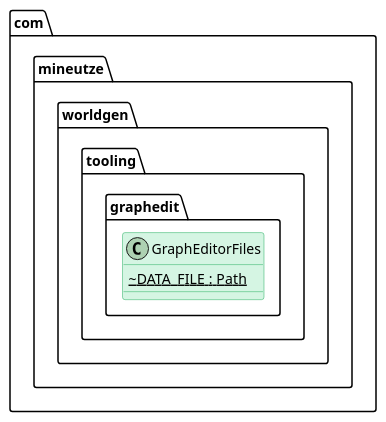
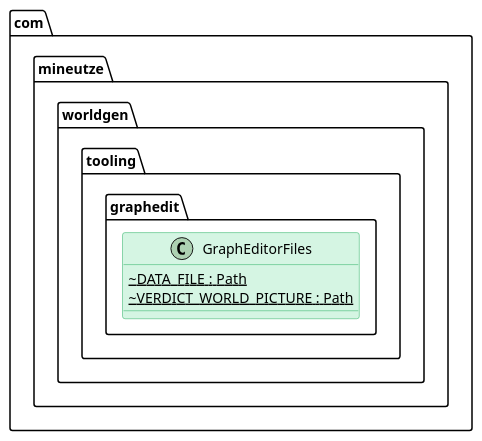
Before and after one commit to Boulede987/Mine-Utz: the diagram in companion-mods/mineutze-worldgen/doc/Modelisation/ClassDiagram/com/mineutze/worldgen/tooling/graphedit/GraphEditorFiles.puml, drawn with PlantUML. The commit also changed 96 other files, not shown here.

First line of the commit message:
docs(worldgen): regenerate class diagrams for the proof-based verdict

```diff
--- a/companion-mods/mineutze-worldgen/doc/Modelisation/ClassDiagram/com/mineutze/worldgen/tooling/graphedit/GraphEditorFiles.puml
+++ b/companion-mods/mineutze-worldgen/doc/Modelisation/ClassDiagram/com/mineutze/worldgen/tooling/graphedit/GraphEditorFiles.puml
@@ -1,38 +1,39 @@
 @startuml GraphEditorFiles
 
 skinparam classAttributeIconSize 0
 skinparam shadowing false
 
 skinparam class {
   BackgroundColor<<interface>> #D6EAF8
   BorderColor<<interface>> #2E86C1
 }
 skinparam class {
   BackgroundColor<<abstract>> #E8DAEF
   BorderColor<<abstract>> #8E44AD
 }
 skinparam class {
   BackgroundColor #D5F5E3
   BorderColor #27AE60
 }
 skinparam class {
   BackgroundColor<<record>> #FCF3CF
   BorderColor<<record>> #B7950B
 }
 skinparam class {
   BackgroundColor<<static>> #a7faa0
   BorderColor<<static>> #38d610
 }
 skinparam class {
   BackgroundColor<<enum>> #F5B7B1
   BorderColor<<enum>> #C0392B
 }
 
 namespace com.mineutze.worldgen.tooling.graphedit {
 class GraphEditorFiles {
   ~ {static} DATA_FILE : Path
+  ~ {static} VERDICT_WORLD_PICTURE : Path
 }
 }
 
 
 @enduml
```
